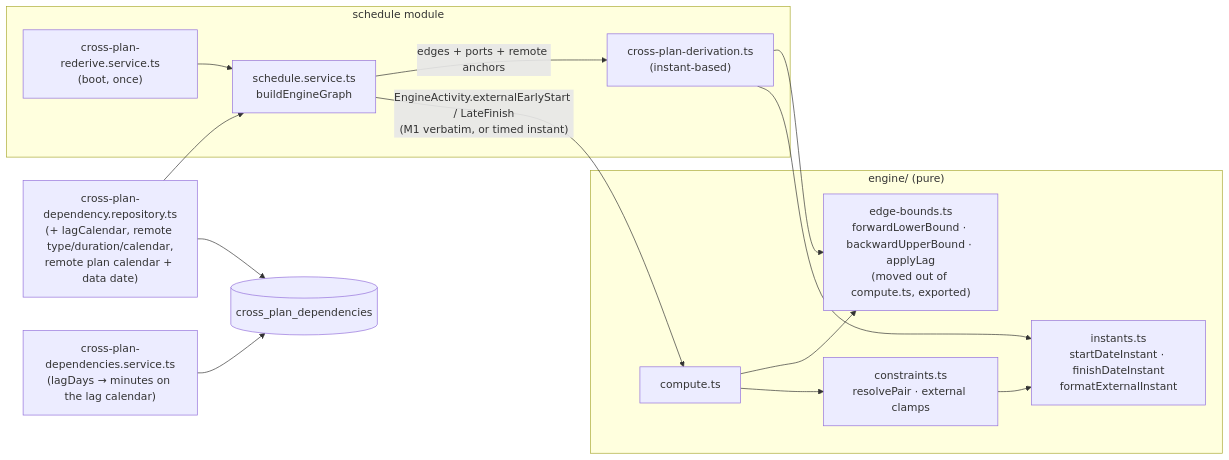
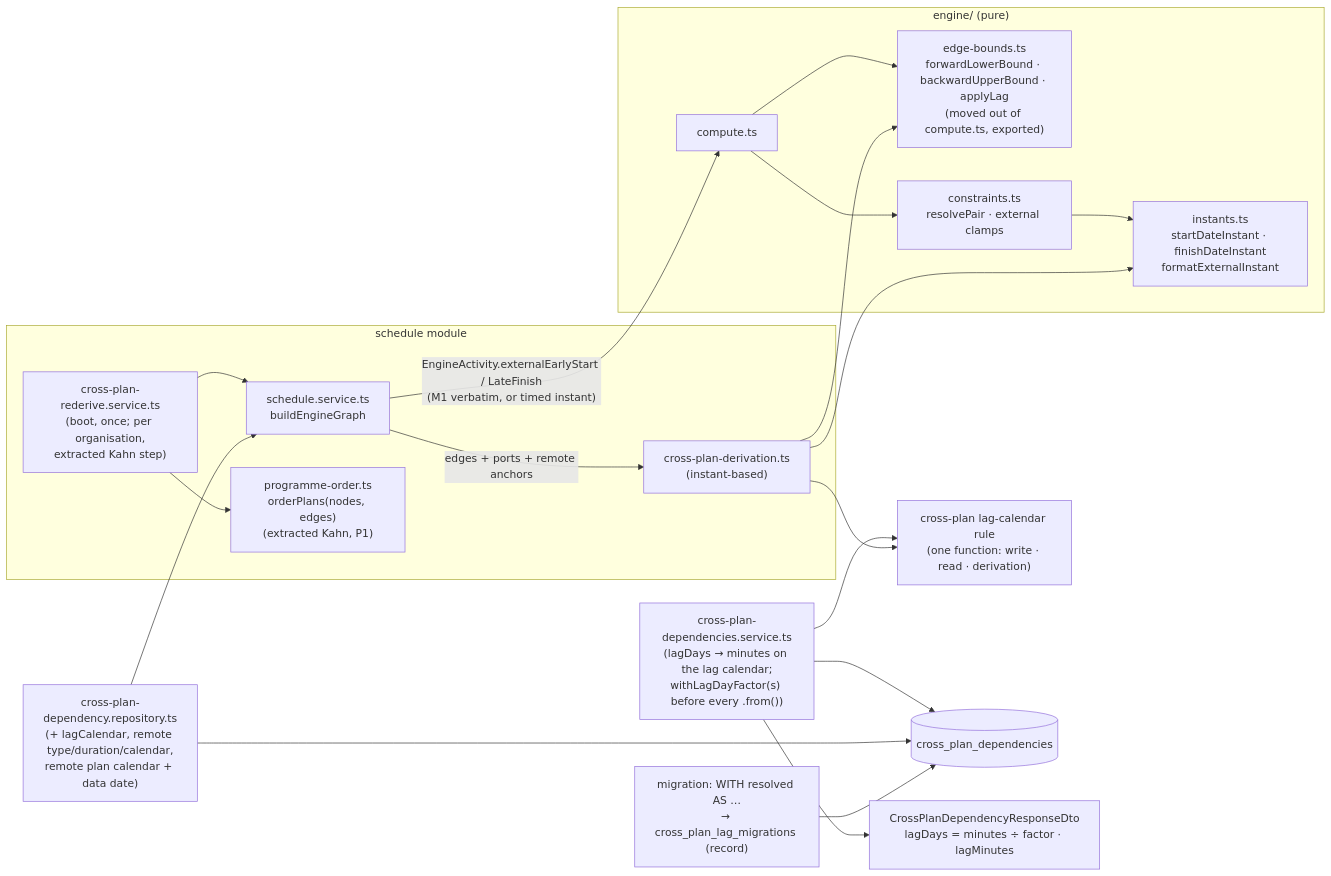
One commit to HuttonHomeHub/SchedulePoint_1 changed the first of 3 diagrams in docs/specs/cross-plan-day-boundary/feature-spec.md. Above: the diagram before and after it, drawn with Mermaid. The commit also changed other lines of this file and 2 other files, not shown here.

First line of the commit message:
docs(docs): fold the cross-plan review findings and approve the plan

````diff
--- a/docs/specs/cross-plan-day-boundary/feature-spec.md
+++ b/docs/specs/cross-plan-day-boundary/feature-spec.md
@@ -360,20 +449,28 @@
 ```mermaid
 flowchart LR
   subgraph Engine["engine/ (pure)"]
     EB["edge-bounds.ts<br/>forwardLowerBound · backwardUpperBound · applyLag<br/>(moved out of compute.ts, exported)"]
     DR["instants.ts<br/>startDateInstant · finishDateInstant<br/>formatExternalInstant"]
     C["compute.ts"] --> EB
     K["constraints.ts<br/>resolvePair · external clamps"] --> DR
     C --> K
   end
   subgraph Service["schedule module"]
     S["schedule.service.ts<br/>buildEngineGraph"] -->|"edges + ports + remote anchors"| D["cross-plan-derivation.ts<br/>(instant-based)"]
     D --> EB
     D --> DR
     S -->|"EngineActivity.externalEarlyStart / LateFinish<br/>(M1 verbatim, or timed instant)"| C
-    R["cross-plan-rederive.service.ts<br/>(boot, once)"] --> S
+    R["cross-plan-rederive.service.ts<br/>(boot, once; per organisation,<br/>extracted Kahn step)"] --> S
+    PO["programme-order.ts<br/>orderPlans(nodes, edges)<br/>(extracted Kahn, P1)"]
+    R --> PO
   end
   REPO["cross-plan-dependency.repository.ts<br/>(+ lagCalendar, remote type/duration/calendar,<br/>remote plan calendar + data date)"] --> S
-  W["cross-plan-dependencies.service.ts<br/>(lagDays → minutes on the lag calendar)"] --> DB[("cross_plan_dependencies")]
+  LCF["cross-plan lag-calendar rule<br/>(one function: write · read · derivation)"]
+  W["cross-plan-dependencies.service.ts<br/>(lagDays → minutes on the lag calendar;<br/>withLagDayFactor(s) before every .from())"] --> DB[("cross_plan_dependencies")]
+  W --> LCF
+  D --> LCF
+  DTO["CrossPlanDependencyResponseDto<br/>lagDays = minutes ÷ factor · lagMinutes"]
+  W --> DTO
   REPO --> DB
+  MIG["migration: WITH resolved AS …<br/>→ cross_plan_lag_migrations (record)"] --> DB
 ```
````
